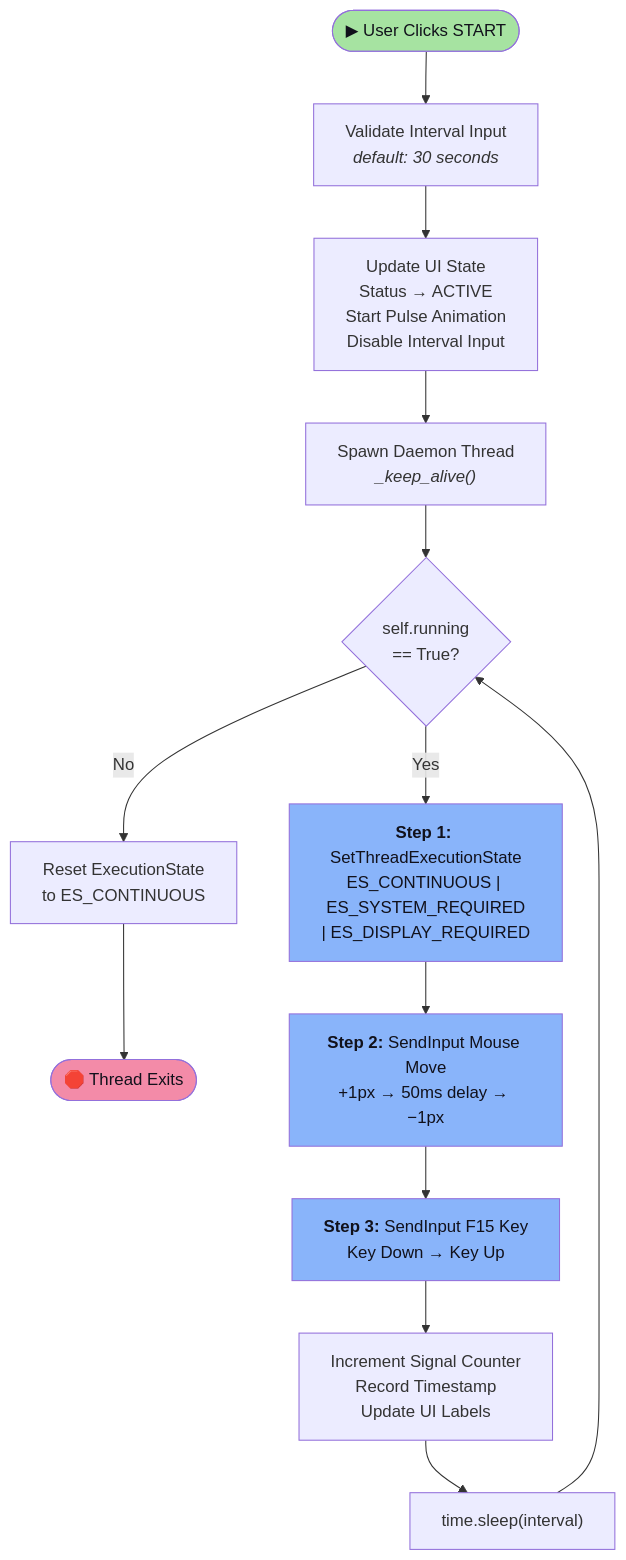
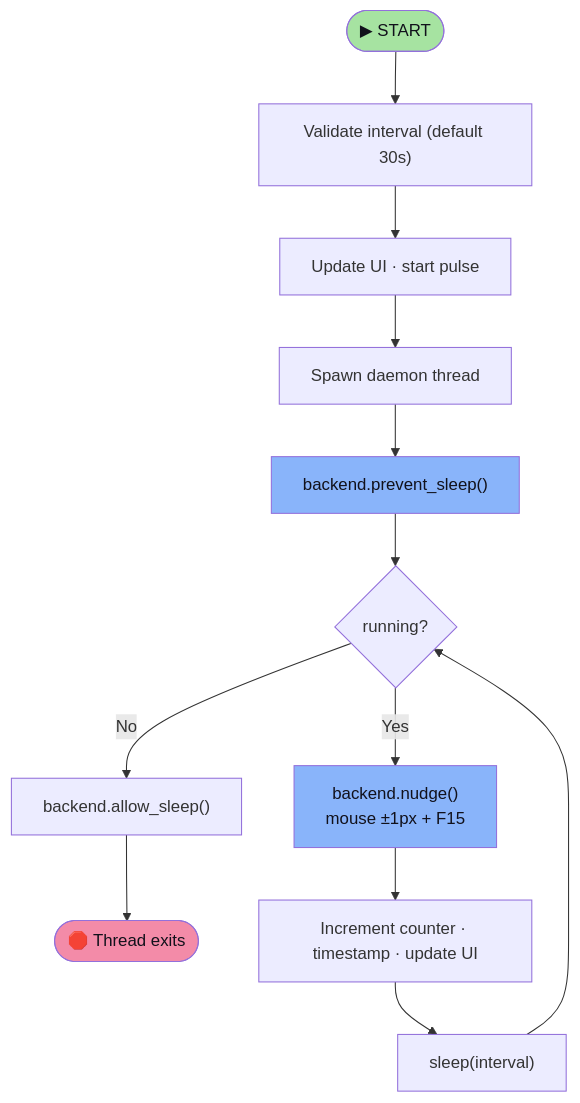
The second of 2 diagrams in README.md (mahanteshimath/do-not-lock-my-system), drawn with Mermaid before and after one commit. The commit also changed other lines of this file and 22 other files, not shown here.

````diff
--- a/README.md
+++ b/README.md
@@ -70,23 +162,18 @@
 ```mermaid
 flowchart TD
-    A(["▶ User Clicks START"]) --> B["Validate Interval Input<br/><i>default: 30 seconds</i>"]
-    B --> C["Update UI State<br/>Status → ACTIVE<br/>Start Pulse Animation<br/>Disable Interval Input"]
-    C --> D["Spawn Daemon Thread<br/><i>_keep_alive()</i>"]
-    D --> E{"self.running<br/>== True?"}
-
-    E -- "No" --> K["Reset ExecutionState<br/>to ES_CONTINUOUS"]
-    K --> L(["🛑 Thread Exits"])
-
-    E -- "Yes" --> F["<b>Step 1:</b> SetThreadExecutionState<br/>ES_CONTINUOUS | ES_SYSTEM_REQUIRED<br/>| ES_DISPLAY_REQUIRED"]
-    F --> G["<b>Step 2:</b> SendInput Mouse Move<br/>+1px → 50ms delay → −1px"]
-    G --> H["<b>Step 3:</b> SendInput F15 Key<br/>Key Down → Key Up"]
-    H --> I["Increment Signal Counter<br/>Record Timestamp<br/>Update UI Labels"]
-    I --> J["time.sleep(interval)"]
-    J --> E
+    A(["▶ START"]) --> B["Validate interval (default 30s)"]
+    B --> C["Update UI · start pulse"]
+    C --> D["Spawn daemon thread"]
+    D --> E["backend.prevent_sleep()"]
+    E --> F{"running?"}
+    F -- "No" --> K["backend.allow_sleep()"] --> L(["🛑 Thread exits"])
+    F -- "Yes" --> G["backend.nudge()<br/>mouse ±1px + F15"]
+    G --> H["Increment counter · timestamp · update UI"]
+    H --> I["sleep(interval)"]
+    I --> F
 
     style A fill:#a6e3a1,color:#11111b
     style L fill:#f38ba8,color:#11111b
-    style F fill:#89b4fa,color:#11111b
+    style E fill:#89b4fa,color:#11111b
     style G fill:#89b4fa,color:#11111b
-    style H fill:#89b4fa,color:#11111b
 ```
````
